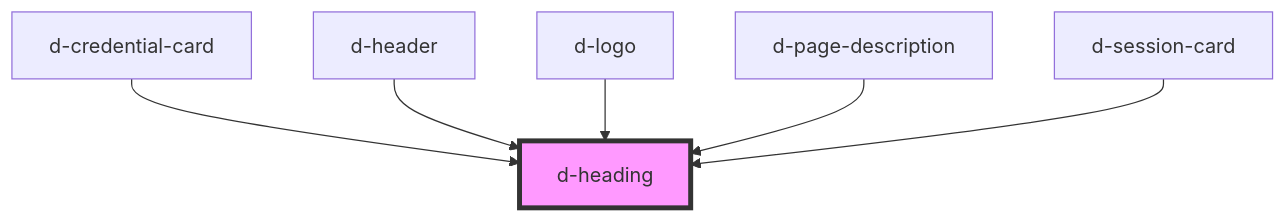
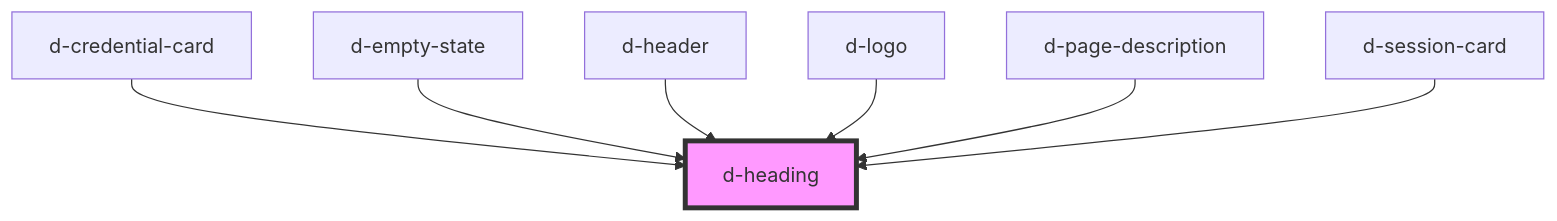
Before and after one commit to ForkbombEu/didroom-components: the diagram in src/components/heading/readme.md, drawn with Mermaid. The commit also changed other lines of this file and 10 other files, not shown here.

````diff
--- a/src/components/heading/readme.md
+++ b/src/components/heading/readme.md
@@ -27,9 +28,10 @@
 ```mermaid
 graph TD;
   d-credential-card --> d-heading
+  d-empty-state --> d-heading
   d-header --> d-heading
   d-logo --> d-heading
   d-page-description --> d-heading
   d-session-card --> d-heading
   style d-heading fill:#f9f,stroke:#333,stroke-width:4px
 ```
````
